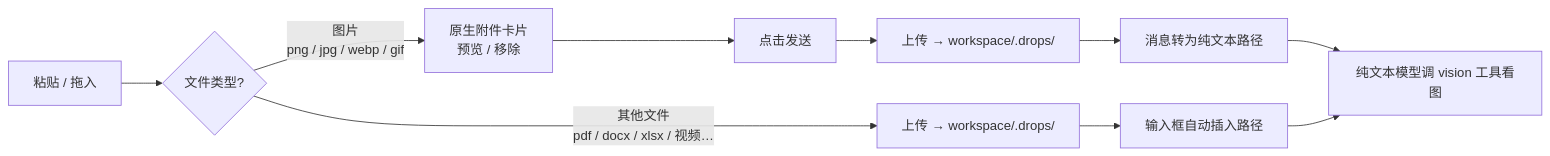
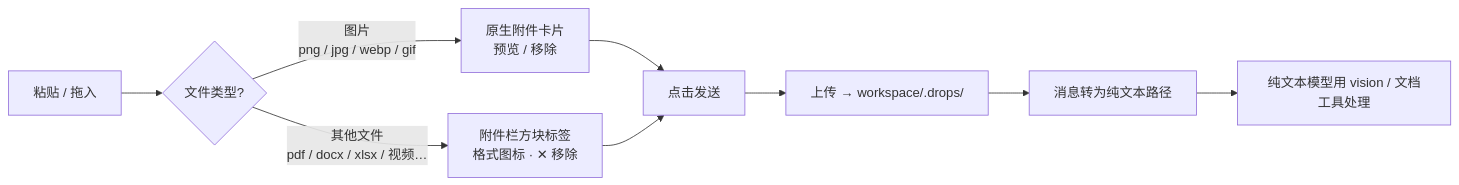
Before and after one commit to loudMore/dsh-drop-to-path: the diagram in README.zh.md, drawn with Mermaid. The commit also changed other lines of this file and 2 other files, not shown here.

````diff
--- a/README.zh.md
+++ b/README.zh.md
@@ -39,12 +39,11 @@
 ```mermaid
 flowchart LR
     A["粘贴 / 拖入"] --> B{"文件类型?"}
     B -->|"图片<br/>png / jpg / webp / gif"| C["原生附件卡片<br/>预览 / 移除"]
     C --> D["点击发送"]
     D --> E["上传 → workspace/.drops/"]
     E --> F["消息转为纯文本路径"]
-    F --> G["纯文本模型调 vision 工具看图"]
-    B -->|"其他文件<br/>pdf / docx / xlsx / 视频…"| H["上传 → workspace/.drops/"]
-    H --> I["输入框自动插入路径"]
-    I --> G
+    F --> G["纯文本模型用 vision / 文档工具处理"]
+    B -->|"其他文件<br/>pdf / docx / xlsx / 视频…"| H["附件栏方块标签<br/>格式图标 · ✕ 移除"]
+    H --> D
 ```
````
